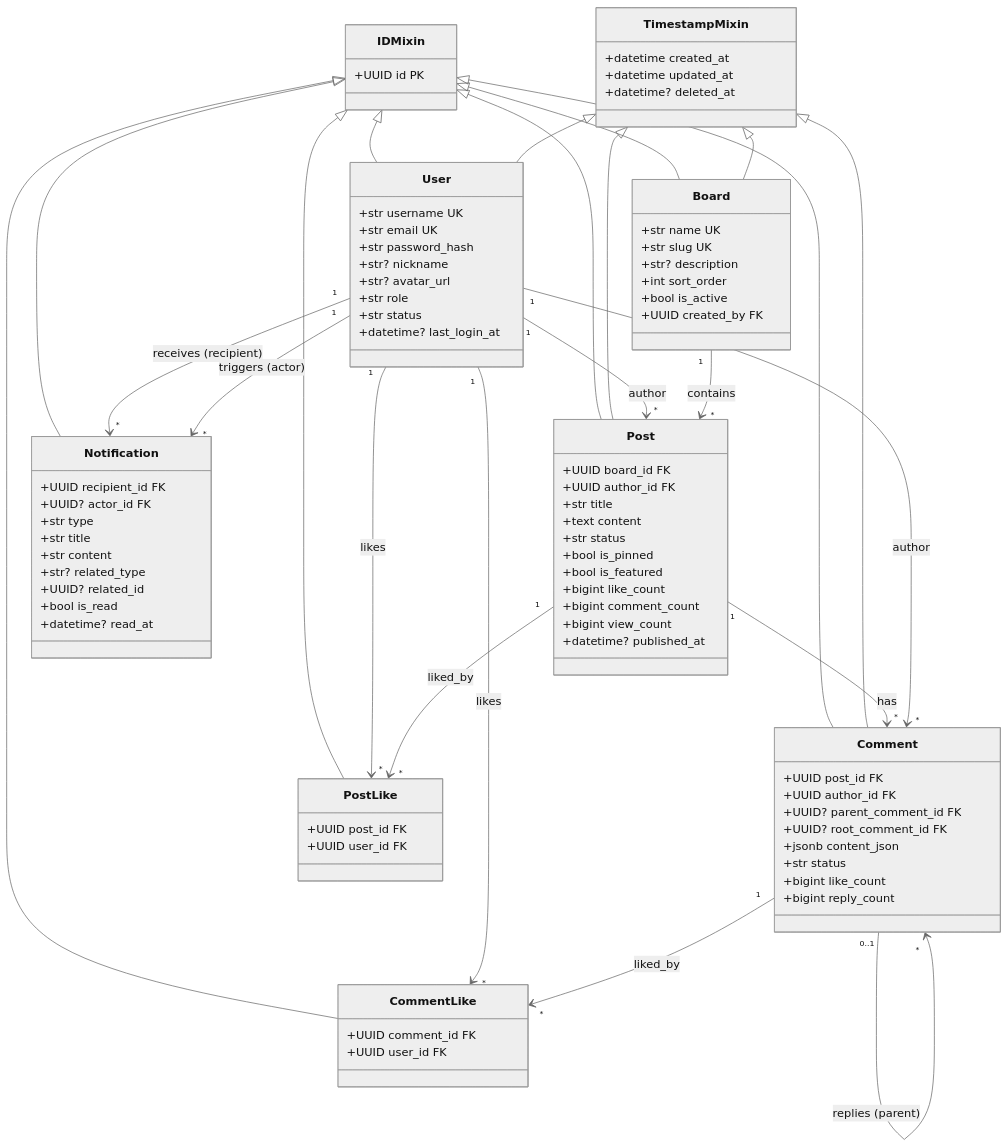
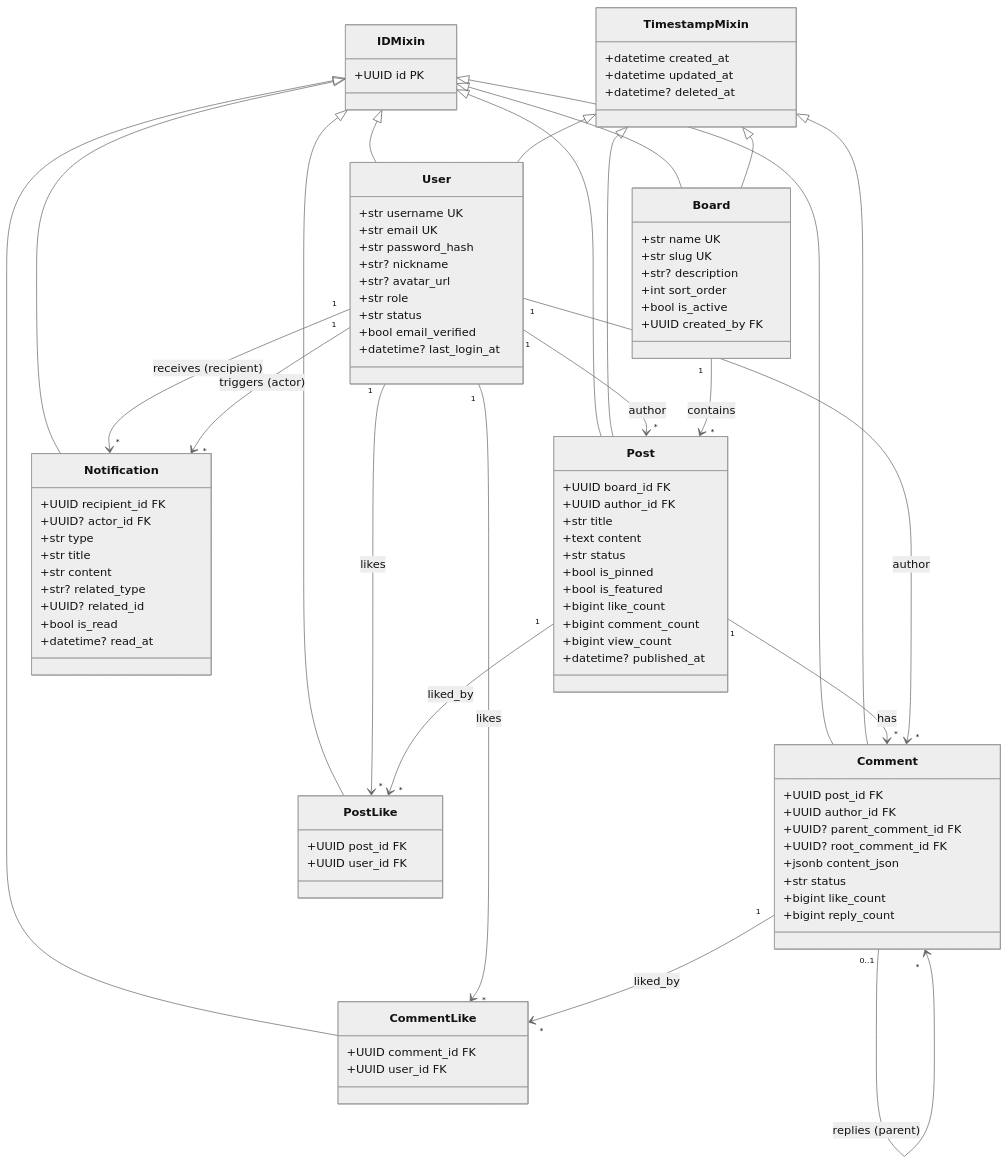
Before and after one commit to Nek0Charm/Campus-Bulletin-Board-System: the seventh of 8 diagrams in docs/RequirementAnalysis.md, drawn with Mermaid (neutral theme). The commit also changed other lines of this file and 3 other files, not shown here.

```diff
--- a/docs/RequirementAnalysis.md
+++ b/docs/RequirementAnalysis.md
@@ -453,6 +467,7 @@
         +str? avatar_url
         +str role
         +str status
+        +bool email_verified
         +datetime? last_login_at
     }
 
```
